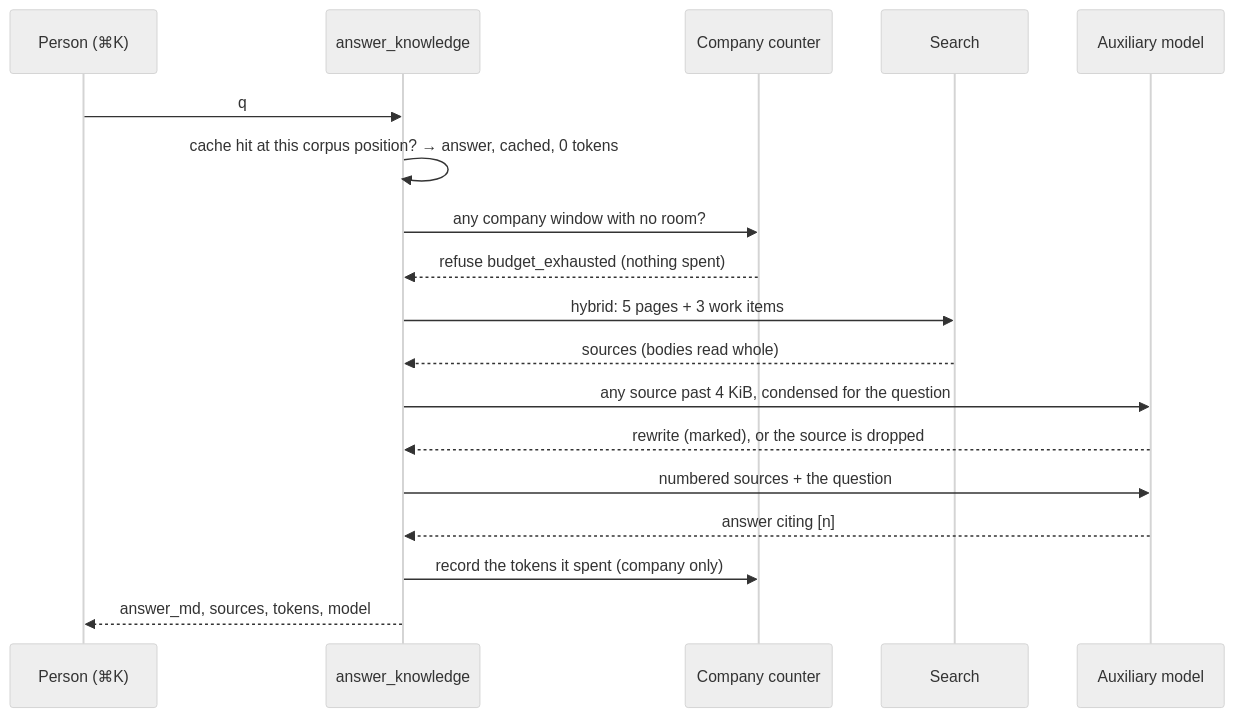
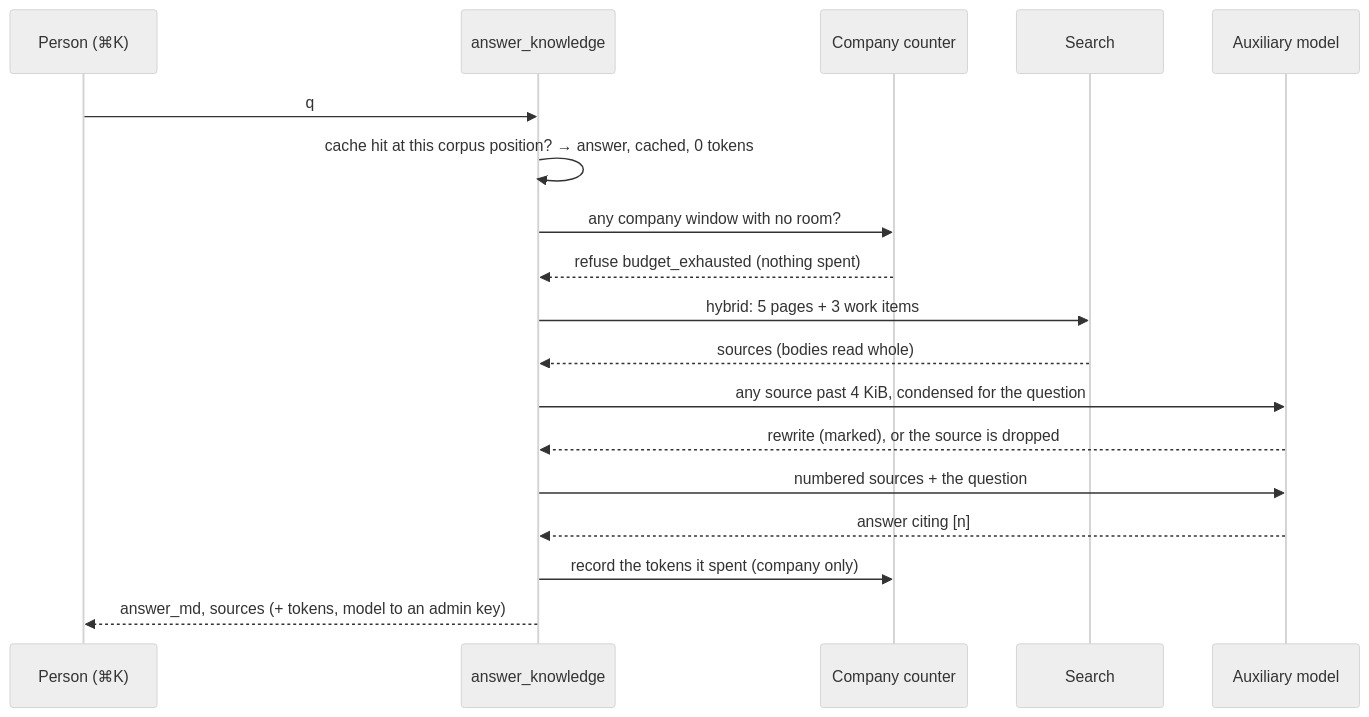
The third of 3 diagrams in docs/concepts/knowledge-system.md (crewlet/crewlet), drawn with Mermaid (neutral theme) before and after one commit. The commit also changed other lines of this file and 67 other files, not shown here.

````diff
--- a/docs/concepts/knowledge-system.md
+++ b/docs/concepts/knowledge-system.md
@@ -785,20 +785,20 @@
 ```mermaid
 sequenceDiagram
     participant P as Person (⌘K)
     participant A as answer_knowledge
     participant C as Company counter
     participant S as Search
     participant M as Auxiliary model
     P->>A: q
     A->>A: cache hit at this corpus position? → answer, cached, 0 tokens
     A->>C: any company window with no room?
     C-->>A: refuse budget_exhausted (nothing spent)
     A->>S: hybrid: 5 pages + 3 work items
     S-->>A: sources (bodies read whole)
     A->>M: any source past 4 KiB, condensed for the question
     M-->>A: rewrite (marked), or the source is dropped
     A->>M: numbered sources + the question
     M-->>A: answer citing [n]
     A->>C: record the tokens it spent (company only)
-    A-->>P: answer_md, sources, tokens, model
+    A-->>P: answer_md, sources (+ tokens, model to an admin key)
 ```
````
